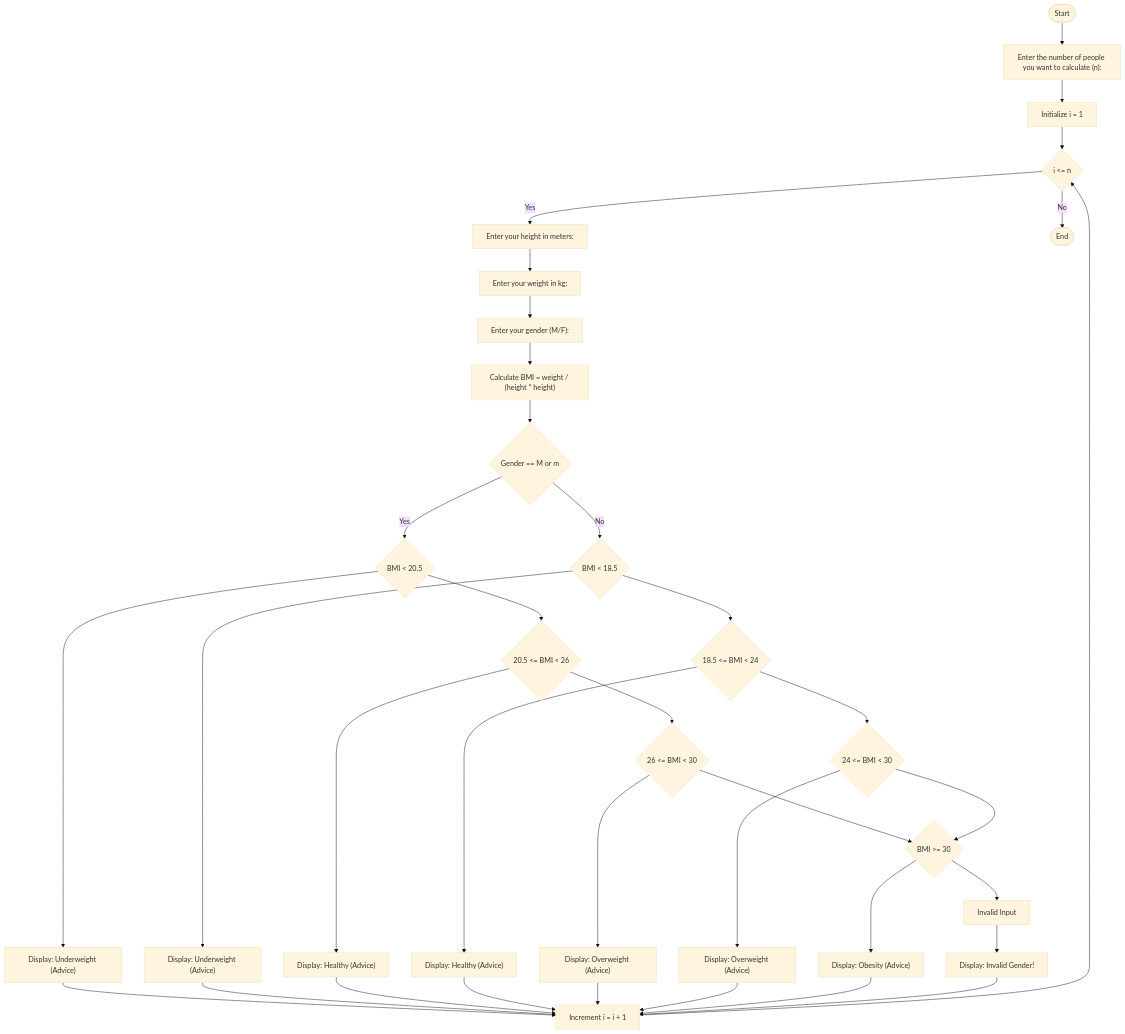
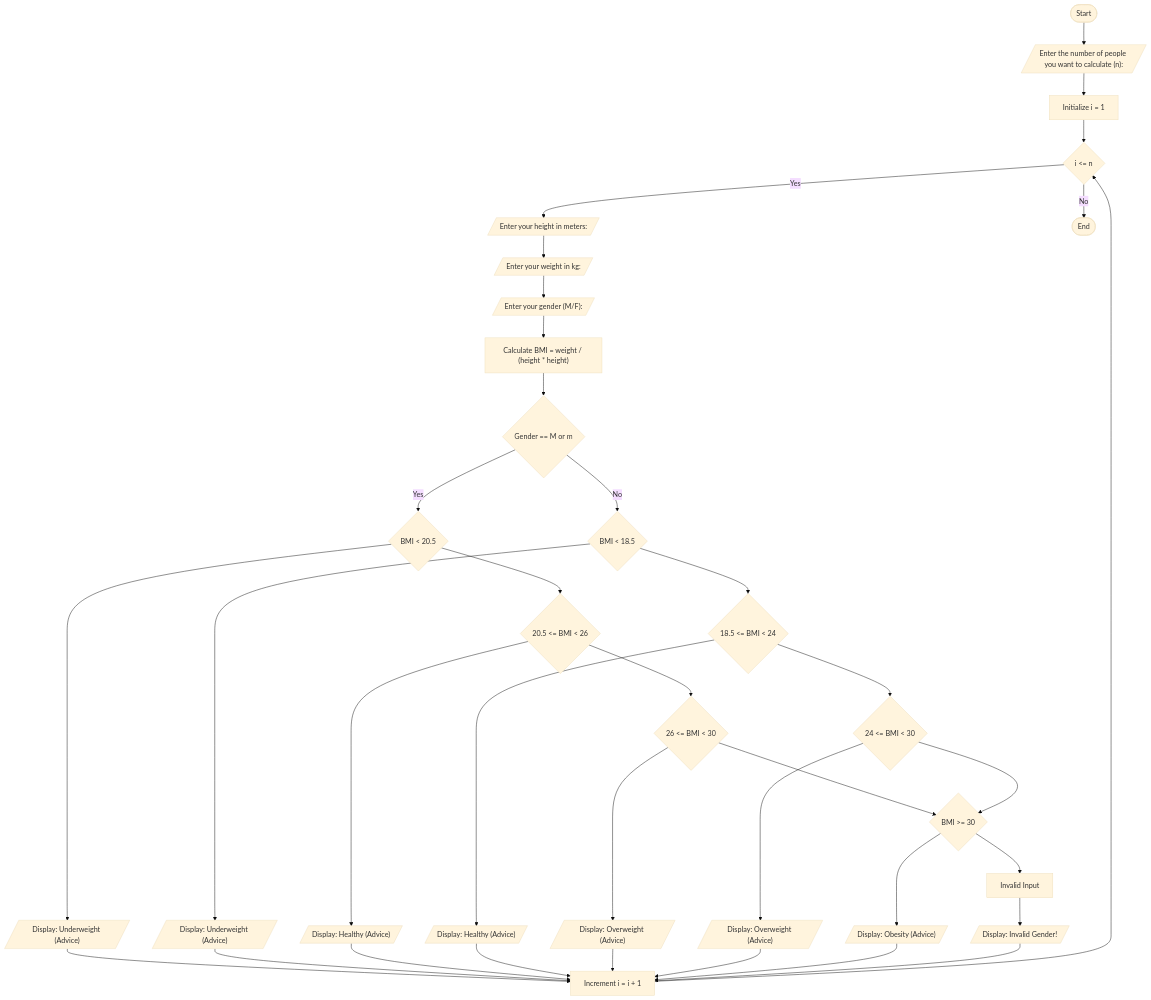
Before and after one commit to SWEG-2016EC-Batch/Tech_Titans_Sec-C: the diagram in ETS1041-Mussie-Tarekegn/BMI flowchart.md, drawn with Mermaid (base theme).

Commit message:
BMI flowchart.md

````diff
--- a/ETS1041-Mussie-Tarekegn/BMI flowchart.md
+++ b/ETS1041-Mussie-Tarekegn/BMI flowchart.md
@@ -1,46 +1,46 @@
 ```mermaid
 flowchart TD
-    Start([Start]) --> InputNumber["Enter the number of people you want to calculate (n):"]
+    Start([Start]) --> InputNumber[/"Enter the number of people you want to calculate (n):"/]
     InputNumber --> InitLoop["Initialize i = 1"]
     InitLoop --> LoopCondition{"i <= n"}
     
-    LoopCondition -->|Yes| InputHeight["Enter your height in meters:"]
-    InputHeight --> InputWeight["Enter your weight in kg:"]
-    InputWeight --> InputGender["Enter your gender (M/F):"]
+    LoopCondition -->|Yes| InputHeight[/"Enter your height in meters:"/]
+    InputHeight --> InputWeight[/"Enter your weight in kg:"/]
+    InputWeight --> InputGender[/"Enter your gender (M/F):"/]
     InputGender --> CalculateBMI["Calculate BMI = weight / (height * height)"]
 
     CalculateBMI --> MaleCheck{"Gender == M or m"}
     MaleCheck -->|Yes| MaleUnderweight{"BMI < 20.5"}
     MaleCheck -->|No| FemaleUnderweight{"BMI < 18.5"}
-    MaleUnderweight --> DisplayMaleUnderweight["Display: Underweight (Advice)"]
-    FemaleUnderweight --> DisplayFemaleUnderweight["Display: Underweight (Advice)"]
+    MaleUnderweight --> DisplayMaleUnderweight[/"Display: Underweight (Advice)"/]
+    FemaleUnderweight --> DisplayFemaleUnderweight[/"Display: Underweight (Advice)"/]
 
     MaleUnderweight --> MaleHealthy{"20.5 <= BMI < 26"}
     FemaleUnderweight --> FemaleHealthy{"18.5 <= BMI < 24"}
-    MaleHealthy --> DisplayMaleHealthy["Display: Healthy (Advice)"]
-    FemaleHealthy --> DisplayFemaleHealthy["Display: Healthy (Advice)"]
+    MaleHealthy --> DisplayMaleHealthy[/"Display: Healthy (Advice)"/]
+    FemaleHealthy --> DisplayFemaleHealthy[/"Display: Healthy (Advice)"/]
 
     MaleHealthy --> MaleOverweight{"26 <= BMI < 30"}
     FemaleHealthy --> FemaleOverweight{"24 <= BMI < 30"}
-    MaleOverweight --> DisplayMaleOverweight["Display: Overweight (Advice)"]
-    FemaleOverweight --> DisplayFemaleOverweight["Display: Overweight (Advice)"]
+    MaleOverweight --> DisplayMaleOverweight[/"Display: Overweight (Advice)"/]
+    FemaleOverweight --> DisplayFemaleOverweight[/"Display: Overweight (Advice)"/]
 
     MaleOverweight --> ObesityCheck{"BMI >= 30"}
     FemaleOverweight --> ObesityCheck
-    ObesityCheck --> DisplayObesity["Display: Obesity (Advice)"]
+    ObesityCheck --> DisplayObesity[/"Display: Obesity (Advice)"/]
 
     ObesityCheck --> InvalidGender["Invalid Input"]
-    InvalidGender --> DisplayInvalid["Display: Invalid Gender!"]
+    InvalidGender --> DisplayInvalid[/"Display: Invalid Gender!"/]
 
     DisplayMaleUnderweight --> Increment["Increment i = i + 1"]
     DisplayFemaleUnderweight --> Increment
     DisplayMaleHealthy --> Increment
     DisplayFemaleHealthy --> Increment
     DisplayMaleOverweight --> Increment
     DisplayFemaleOverweight --> Increment
     DisplayObesity --> Increment
     DisplayInvalid --> Increment
 
     Increment --> LoopCondition
     LoopCondition -->|No| End([End])
 ```
````
